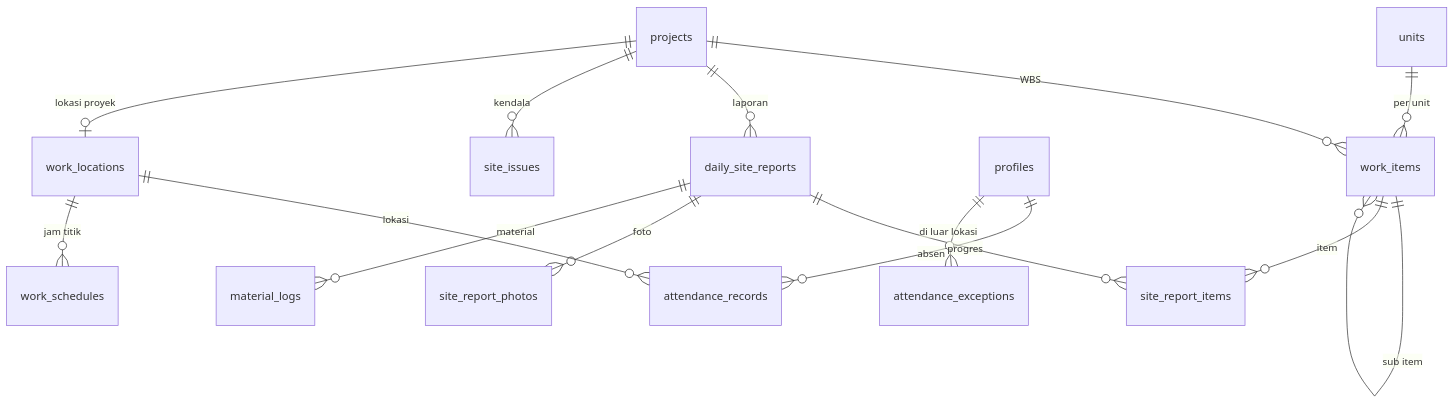
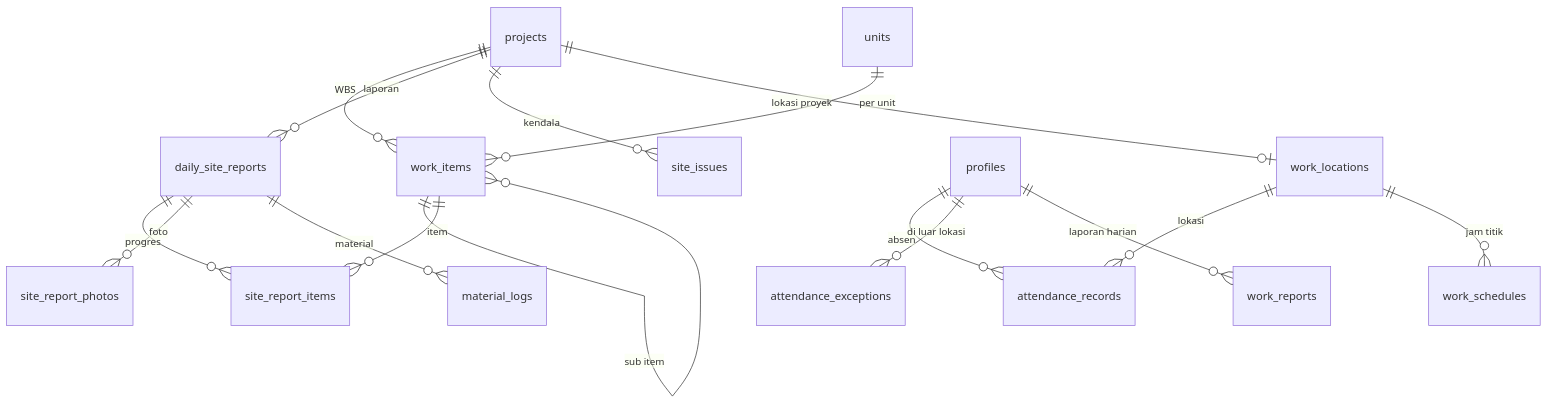
Before and after one commit to kisg-project/kisg-web: the fifth of 5 diagrams in docs/data-model.md, drawn with Mermaid. The commit also changed other lines of this file and 23 other files, not shown here.

First line of the commit message:
feat(attendance): daily work plan and result reports with attachments (#29)

````diff
--- a/docs/data-model.md
+++ b/docs/data-model.md
@@ -169,17 +170,18 @@
 ```mermaid
 erDiagram
   projects ||--o{ work_items : "WBS"
   units ||--o{ work_items : "per unit"
   work_items ||--o{ work_items : "sub item"
   projects ||--o{ daily_site_reports : "laporan"
   daily_site_reports ||--o{ site_report_items : "progres"
   work_items ||--o{ site_report_items : "item"
   daily_site_reports ||--o{ site_report_photos : "foto"
   daily_site_reports ||--o{ material_logs : "material"
   projects ||--o{ site_issues : "kendala"
   profiles ||--o{ attendance_records : "absen"
   work_locations ||--o{ attendance_records : "lokasi"
   profiles ||--o{ attendance_exceptions : "di luar lokasi"
+  profiles ||--o{ work_reports : "laporan harian"
   work_locations ||--o{ work_schedules : "jam titik"
   projects ||--o| work_locations : "lokasi proyek"
 ```
````
